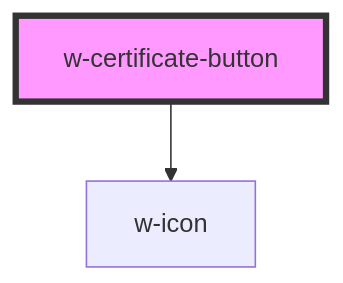
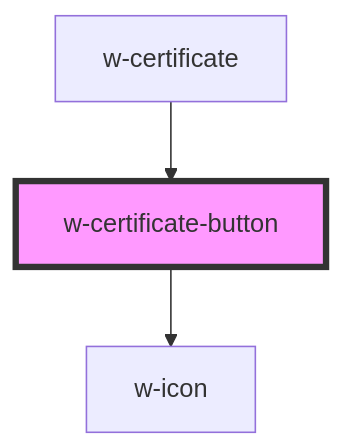
The diagram in src/components/w-certificate-button/readme.md (wordproof/ui), drawn with Mermaid before and after one commit. The commit also changed other lines of this file and 2 other files, not shown here.

````diff
--- a/src/components/w-certificate-button/readme.md
+++ b/src/components/w-certificate-button/readme.md
@@ -26,5 +30,6 @@
 ```mermaid
 graph TD;
   w-certificate-button --> w-icon
+  w-certificate --> w-certificate-button
   style w-certificate-button fill:#f9f,stroke:#333,stroke-width:4px
 ```
````
